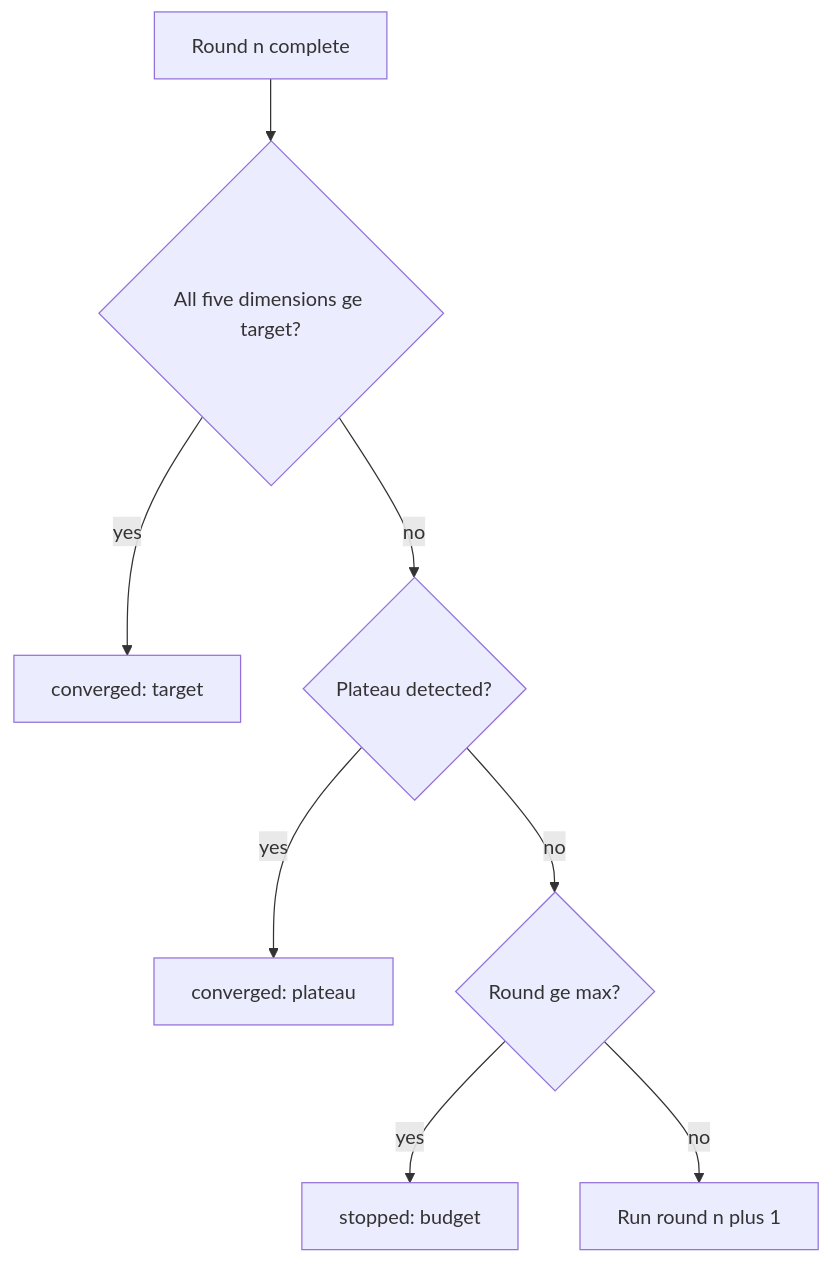
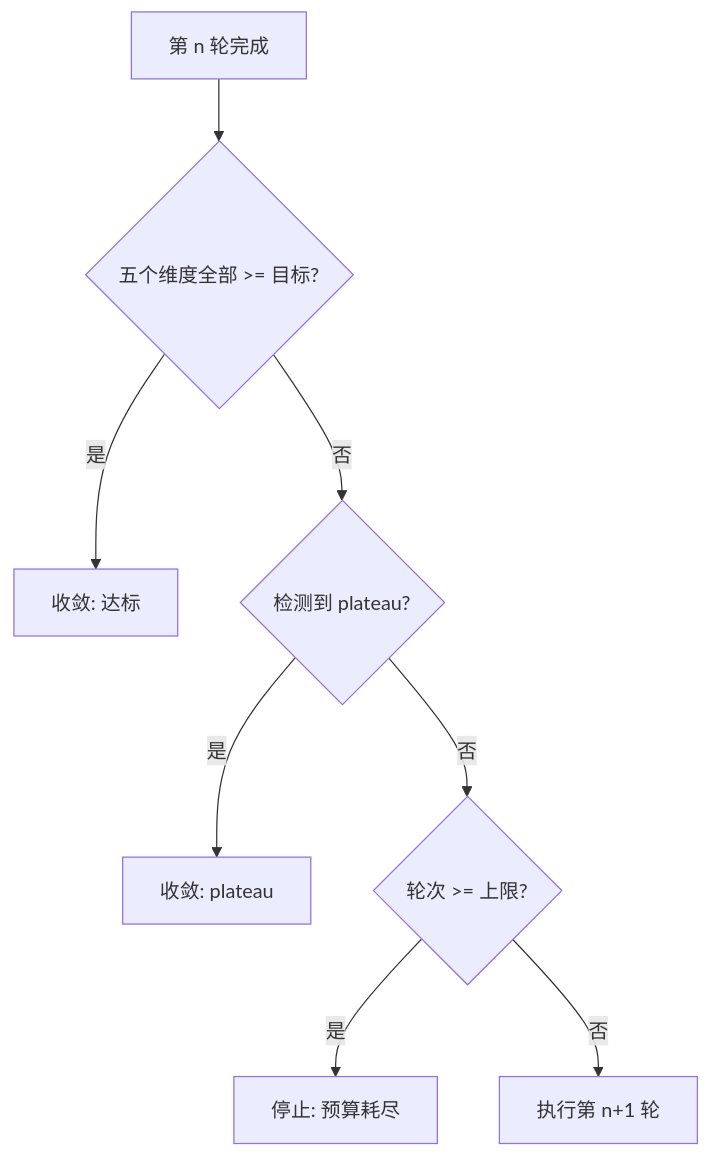
Before and after one commit to alessandrodinisio-ai/ai-engineering-learning-framework: the third of 4 diagrams in phases/19-capstone-projects/55-critic-loop/docs/zh.md, drawn with Mermaid. The commit also changed other lines of this file and 120 other files, not shown here.

First line of the commit message:
i18n(mermaid): 337 个 mermaid 图表标签中文化

````diff
--- a/phases/19-capstone-projects/55-critic-loop/docs/zh.md
+++ b/phases/19-capstone-projects/55-critic-loop/docs/zh.md
@@ -55,10 +55,10 @@
 ```mermaid
 flowchart TB
-    Start[Round n complete] --> A{All five dimensions ge target?}
-    A -- yes --> Stop1[converged: target]
-    A -- no --> B{Plateau detected?}
-    B -- yes --> Stop2[converged: plateau]
-    B -- no --> C{Round ge max?}
-    C -- yes --> Stop3[stopped: budget]
-    C -- no --> Next[Run round n plus 1]
+    Start[第 n 轮完成] --> A{五个维度全部 >= 目标?}
+    A -- 是 --> Stop1[收敛: 达标]
+    A -- 否 --> B{检测到 plateau?}
+    B -- 是 --> Stop2[收敛: plateau]
+    B -- 否 --> C{轮次 >= 上限?}
+    C -- 是 --> Stop3[停止: 预算耗尽]
+    C -- 否 --> Next[执行第 n+1 轮]
 ```
````
